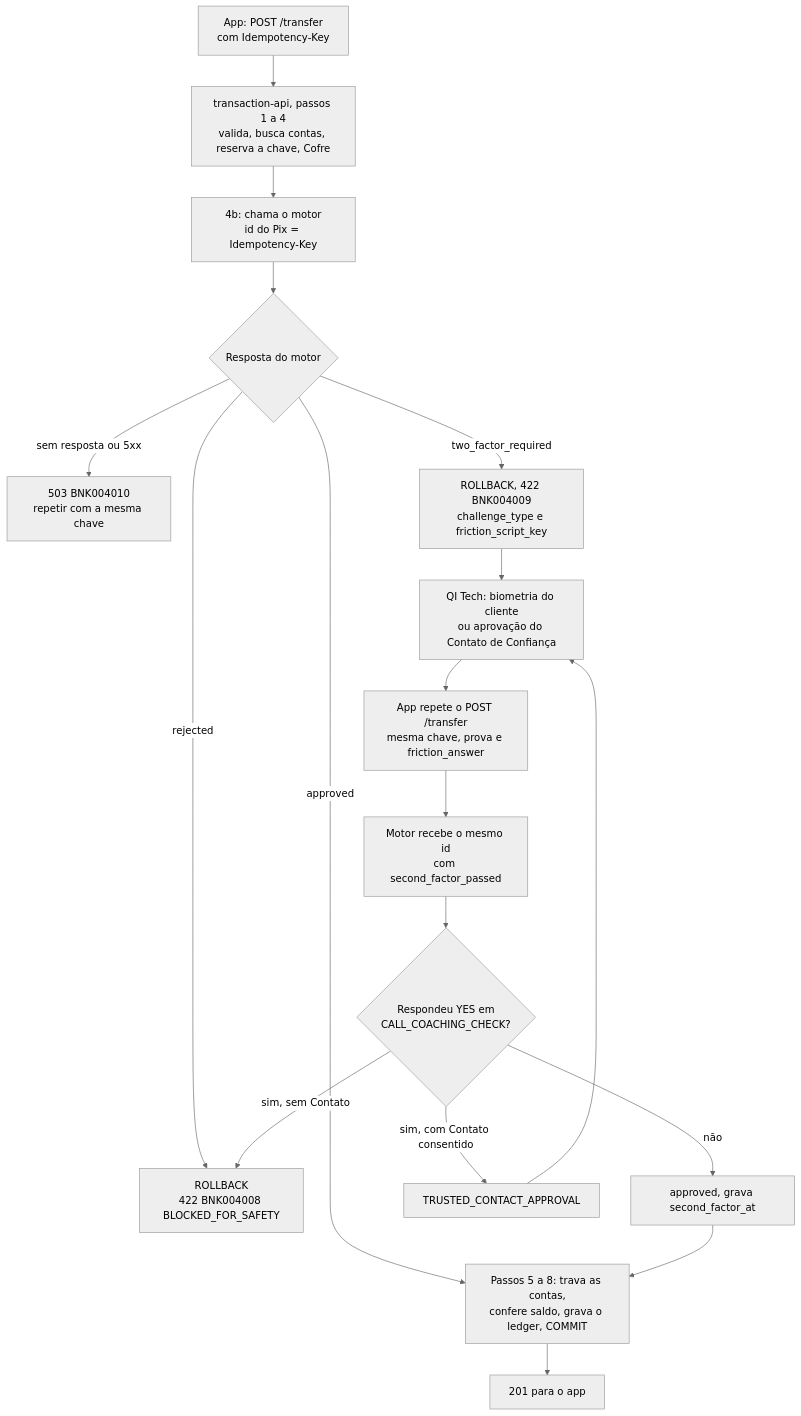
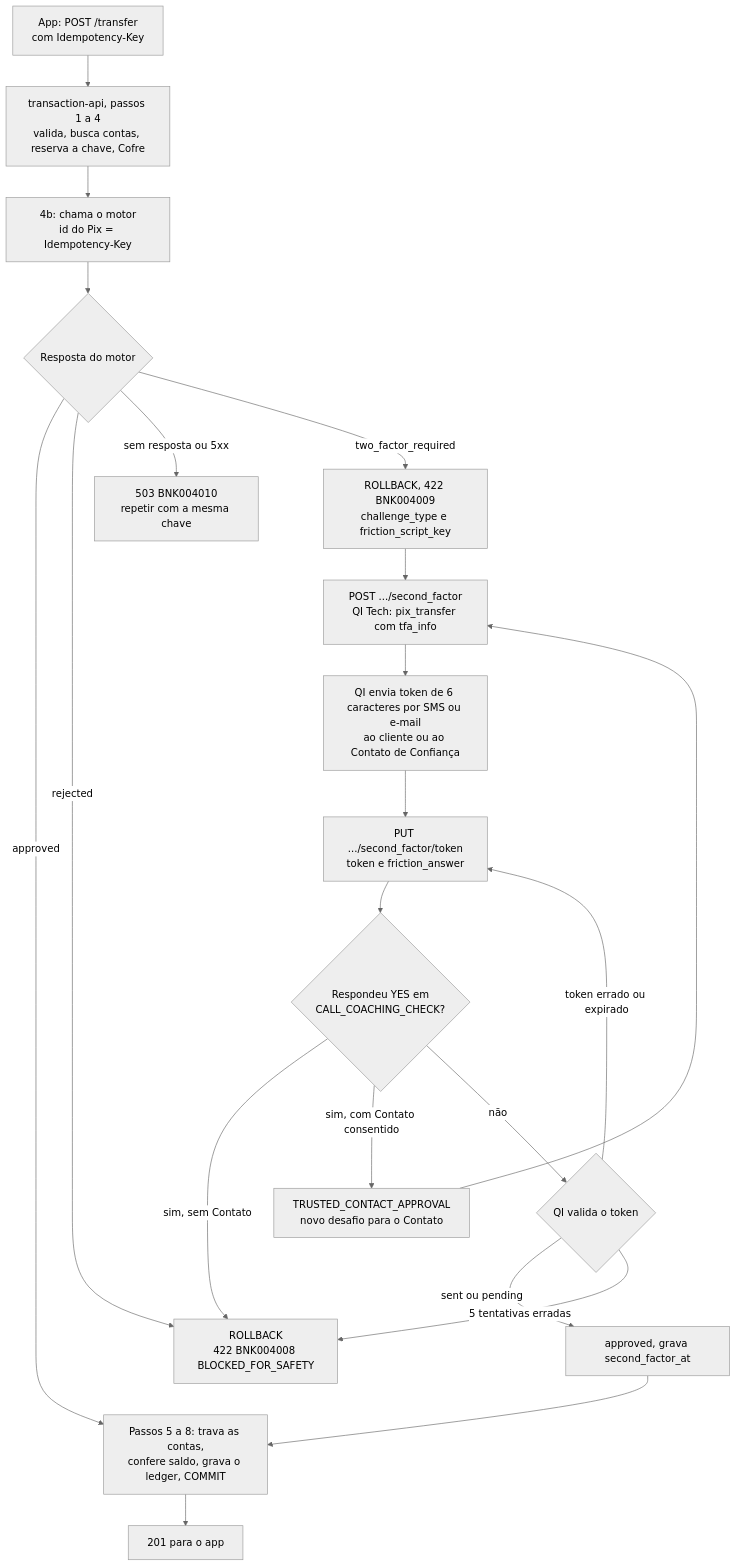
Before and after one commit to HenriqueJCManco/BootcampQITech: the first of 4 diagrams in bootcamp-entrega-final/README.md, drawn with Mermaid (neutral theme). The commit also changed other lines of this file and 25 other files, not shown here.

First line of the commit message:
2FA do Pix pela QI Tech (2FA v2) com mock e testes

````diff
--- a/bootcamp-entrega-final/README.md
+++ b/bootcamp-entrega-final/README.md
@@ -20,20 +20,23 @@
 ```mermaid
 flowchart TD
     A["App: POST /transfer<br/>com Idempotency-Key"] --> B["transaction-api, passos 1 a 4<br/>valida, busca contas, reserva a chave, Cofre"]
     B --> C["4b: chama o motor<br/>id do Pix = Idempotency-Key"]
     C --> D{"Resposta do motor"}
     D -- approved --> E["Passos 5 a 8: trava as contas,<br/>confere saldo, grava o ledger, COMMIT"]
     E --> F["201 para o app"]
     D -- rejected --> G["ROLLBACK<br/>422 BNK004008 BLOCKED_FOR_SAFETY"]
     D -- "sem resposta ou 5xx" --> H["503 BNK004010<br/>repetir com a mesma chave"]
     D -- two_factor_required --> I["ROLLBACK, 422 BNK004009<br/>challenge_type e friction_script_key"]
-    I --> J["QI Tech: biometria do cliente<br/>ou aprovação do Contato de Confiança"]
-    J --> K["App repete o POST /transfer<br/>mesma chave, prova e friction_answer"]
-    K --> L["Motor recebe o mesmo id<br/>com second_factor_passed"]
+    I --> J["POST .../second_factor<br/>QI Tech: pix_transfer com tfa_info"]
+    J --> K["QI envia token de 6 caracteres por SMS ou e-mail<br/>ao cliente ou ao Contato de Confiança"]
+    K --> L["PUT .../second_factor/token<br/>token e friction_answer"]
     L --> M{"Respondeu YES em<br/>CALL_COACHING_CHECK?"}
-    M -- não --> N["approved, grava second_factor_at"]
+    M -- "sim, sem Contato" --> G
+    M -- "sim, com Contato consentido" --> O["TRUSTED_CONTACT_APPROVAL<br/>novo desafio para o Contato"]
+    O --> J
+    M -- não --> P{"QI valida o token"}
+    P -- "sent ou pending" --> N["approved, grava second_factor_at"]
     N --> E
-    M -- "sim, com Contato consentido" --> O["TRUSTED_CONTACT_APPROVAL"]
-    O --> J
-    M -- "sim, sem Contato" --> G
+    P -- "token errado ou expirado" --> L
+    P -- "5 tentativas erradas" --> G
 ```
````
